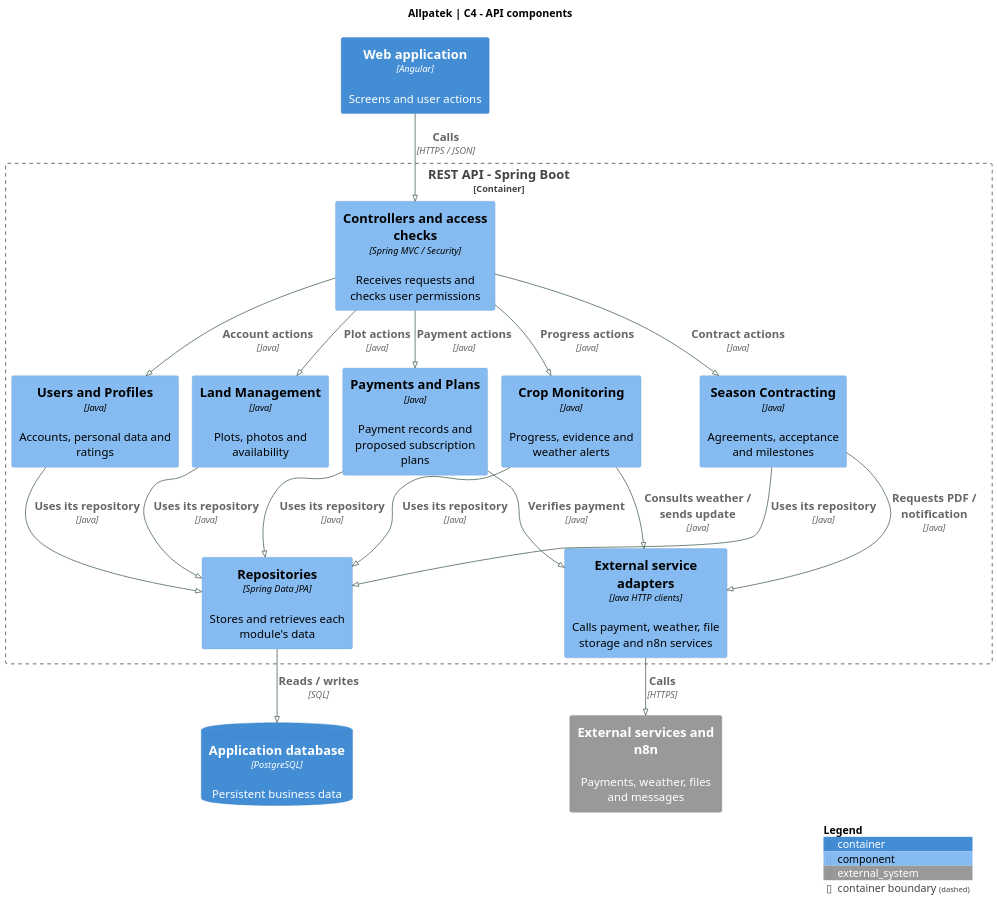
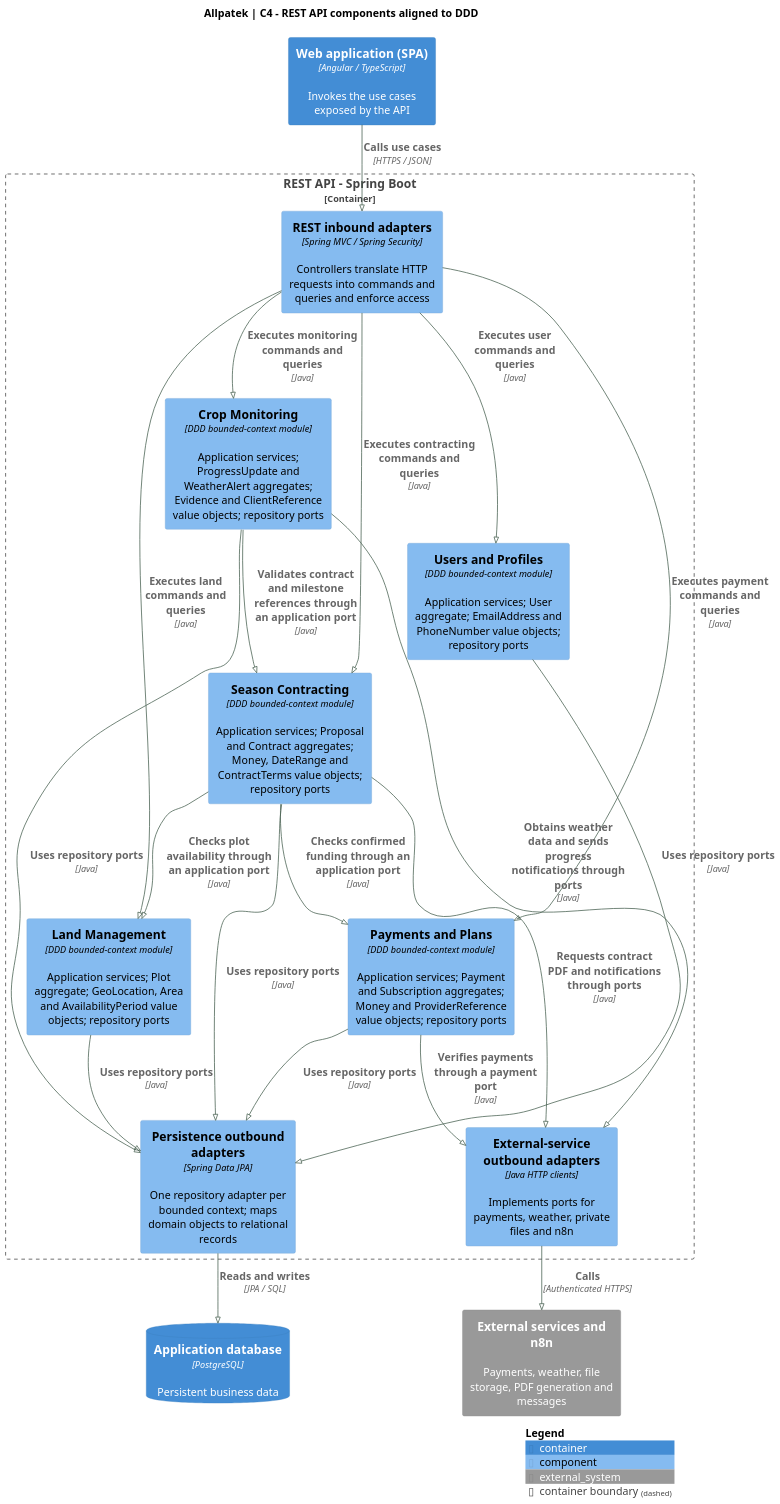
One commit to upc-pre-202620-1asi0729-7753-Terranova/allpatek-report changed the diagram in assets/chapter-04/architecture/04-api-components.puml. Above: the diagram before and after it, drawn with PlantUML. The commit also changed 8 other files, not shown here.

Commit message:
docs(architecture): refine EventStorming and C4 models

```diff
--- a/assets/chapter-04/architecture/04-api-components.puml
+++ b/assets/chapter-04/architecture/04-api-components.puml
@@ -1,45 +1,51 @@
 @startuml
 !pragma layout smetana
 !include <C4/C4_Component>
 skinparam backgroundColor white
 skinparam defaultFontName SansSerif
-skinparam defaultFontSize 15
+skinparam defaultFontSize 14
 skinparam shadowing false
 skinparam classAttributeIconSize 0
 skinparam ArrowColor #476050
 skinparam dpi 140
-title Allpatek | C4 - API components
+title Allpatek | C4 - REST API components aligned to DDD
 
 LAYOUT_TOP_DOWN()
-Container(web,"Web application","Angular","Screens and user actions")
+Container(spa,"Web application (SPA)","Angular / TypeScript","Invokes the use cases exposed by the API")
+
 Container_Boundary(api,"REST API - Spring Boot") {
- Component(rest,"Controllers and access checks","Spring MVC / Security","Receives requests and checks user permissions")
- Component(users,"Users and Profiles","Java","Accounts, personal data and ratings")
- Component(plots,"Land Management","Java","Plots, photos and availability")
- Component(contracts,"Season Contracting","Java","Agreements, acceptance and milestones")
- Component(payments,"Payments and Plans","Java","Payment records and proposed subscription plans")
- Component(progress,"Crop Monitoring","Java","Progress, evidence and weather alerts")
- Component(persistence,"Repositories","Spring Data JPA","Stores and retrieves each module's data")
- Component(integrations,"External service adapters","Java HTTP clients","Calls payment, weather, file storage and n8n services")
+  Component(inbound,"REST inbound adapters","Spring MVC / Spring Security","Controllers translate HTTP requests into commands and queries and enforce access")
+  Component(users,"Users and Profiles","DDD bounded-context module","Application services; User aggregate; EmailAddress and PhoneNumber value objects; repository ports")
+  Component(land,"Land Management","DDD bounded-context module","Application services; Plot aggregate; GeoLocation, Area and AvailabilityPeriod value objects; repository ports")
+  Component(contracting,"Season Contracting","DDD bounded-context module","Application services; Proposal and Contract aggregates; Money, DateRange and ContractTerms value objects; repository ports")
+  Component(payments,"Payments and Plans","DDD bounded-context module","Application services; Payment and Subscription aggregates; Money and ProviderReference value objects; repository ports")
+  Component(monitoring,"Crop Monitoring","DDD bounded-context module","Application services; ProgressUpdate and WeatherAlert aggregates; Evidence and ClientReference value objects; repository ports")
+  Component(persistence,"Persistence outbound adapters","Spring Data JPA","One repository adapter per bounded context; maps domain objects to relational records")
+  Component(external,"External-service outbound adapters","Java HTTP clients","Implements ports for payments, weather, private files and n8n")
 }
+
 ContainerDb(db,"Application database","PostgreSQL","Persistent business data")
-System_Ext(ext,"External services and n8n","Payments, weather, files and messages")
-Rel(web,rest,"Calls", "HTTPS / JSON")
-Rel(rest,users,"Account actions", "Java")
-Rel(rest,plots,"Plot actions", "Java")
-Rel(rest,contracts,"Contract actions", "Java")
-Rel(rest,payments,"Payment actions", "Java")
-Rel(rest,progress,"Progress actions", "Java")
-Rel(users,persistence,"Uses its repository", "Java")
-Rel(plots,persistence,"Uses its repository", "Java")
-Rel(contracts,persistence,"Uses its repository", "Java")
-Rel(payments,persistence,"Uses its repository", "Java")
-Rel(progress,persistence,"Uses its repository", "Java")
-Rel(contracts,integrations,"Requests PDF / notification", "Java")
-Rel(payments,integrations,"Verifies payment", "Java")
-Rel(progress,integrations,"Consults weather / sends update", "Java")
-Rel(persistence,db,"Reads / writes", "SQL")
-Rel(integrations,ext,"Calls", "HTTPS")
+System_Ext(services,"External services and n8n","Payments, weather, file storage, PDF generation and messages")
+
+Rel(spa,inbound,"Calls use cases", "HTTPS / JSON")
+Rel(inbound,users,"Executes user commands and queries", "Java")
+Rel(inbound,land,"Executes land commands and queries", "Java")
+Rel(inbound,contracting,"Executes contracting commands and queries", "Java")
+Rel(inbound,payments,"Executes payment commands and queries", "Java")
+Rel(inbound,monitoring,"Executes monitoring commands and queries", "Java")
+Rel(contracting,land,"Checks plot availability through an application port", "Java")
+Rel(contracting,payments,"Checks confirmed funding through an application port", "Java")
+Rel(monitoring,contracting,"Validates contract and milestone references through an application port", "Java")
+Rel(users,persistence,"Uses repository ports", "Java")
+Rel(land,persistence,"Uses repository ports", "Java")
+Rel(contracting,persistence,"Uses repository ports", "Java")
+Rel(payments,persistence,"Uses repository ports", "Java")
+Rel(monitoring,persistence,"Uses repository ports", "Java")
+Rel(contracting,external,"Requests contract PDF and notifications through ports", "Java")
+Rel(payments,external,"Verifies payments through a payment port", "Java")
+Rel(monitoring,external,"Obtains weather data and sends progress notifications through ports", "Java")
+Rel(persistence,db,"Reads and writes", "JPA / SQL")
+Rel(external,services,"Calls", "Authenticated HTTPS")
+
 SHOW_LEGEND()
-
 @enduml
```
